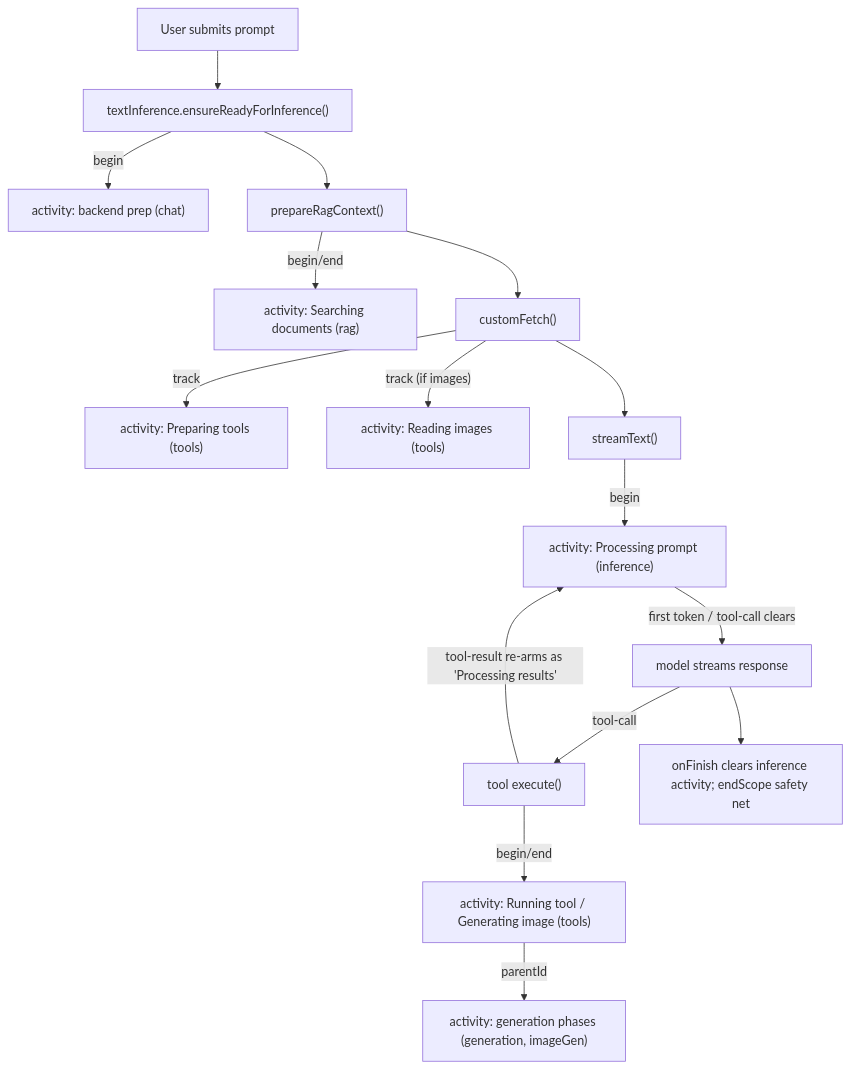
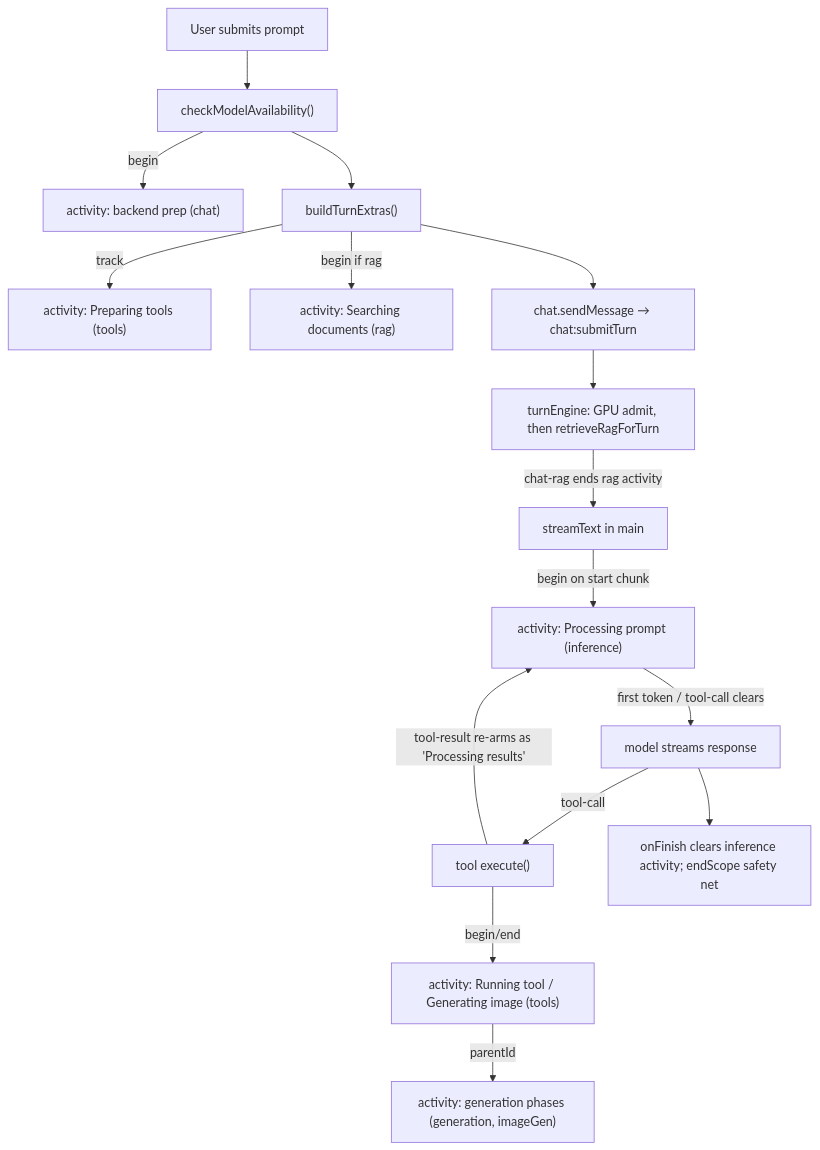
One commit to TNG/AI-Playground changed the diagram in docs/error-state-activity-architecture.md. Above: the diagram before and after it, drawn with Mermaid. The commit also changed other lines of this file and 567 other files, not shown here.

````diff
--- a/docs/error-state-activity-architecture.md
+++ b/docs/error-state-activity-architecture.md
@@ -190,18 +189,18 @@
 ```mermaid
 flowchart TD
-  submit["User submits prompt"] --> prep["textInference.ensureReadyForInference()"]
-  prep -->|"begin"| backend["activity: backend prep (chat)"]
-  prep --> rag["prepareRagContext()"]
-  rag -->|"begin/end"| ragAct["activity: Searching documents (rag)"]
-  rag --> fetch["customFetch()"]
-  fetch -->|"track"| tools["activity: Preparing tools (tools)"]
-  fetch -->|"track (if images)"| imgs["activity: Reading images (tools)"]
-  fetch --> stream["streamText()"]
-  stream -->|"begin"| think["activity: Processing prompt (inference)"]
+  submit["User submits prompt"] --> consent["checkModelAvailability()"]
+  consent -->|"begin"| backend["activity: backend prep (chat)"]
+  consent --> extras["buildTurnExtras()"]
+  extras -->|"track"| tools["activity: Preparing tools (tools)"]
+  extras -->|"begin if rag"| ragAct["activity: Searching documents (rag)"]
+  extras --> send["chat.sendMessage → chat:submitTurn"]
+  send --> engine["turnEngine: GPU admit, then retrieveRagForTurn"]
+  engine -->|"chat-rag ends rag activity"| stream["streamText in main"]
+  stream -->|"begin on start chunk"| think["activity: Processing prompt (inference)"]
   think -->|"first token / tool-call clears"| respond["model streams response"]
   respond -->|"tool-call"| toolexec["tool execute()"]
   toolexec -->|"begin/end"| toolAct["activity: Running tool / Generating image (tools)"]
   toolAct -->|"parentId"| genAct["activity: generation phases (generation, imageGen)"]
   toolexec -->|"tool-result re-arms as 'Processing results'"| think
   respond --> done["onFinish clears inference activity; endScope safety net"]
 ```
````
